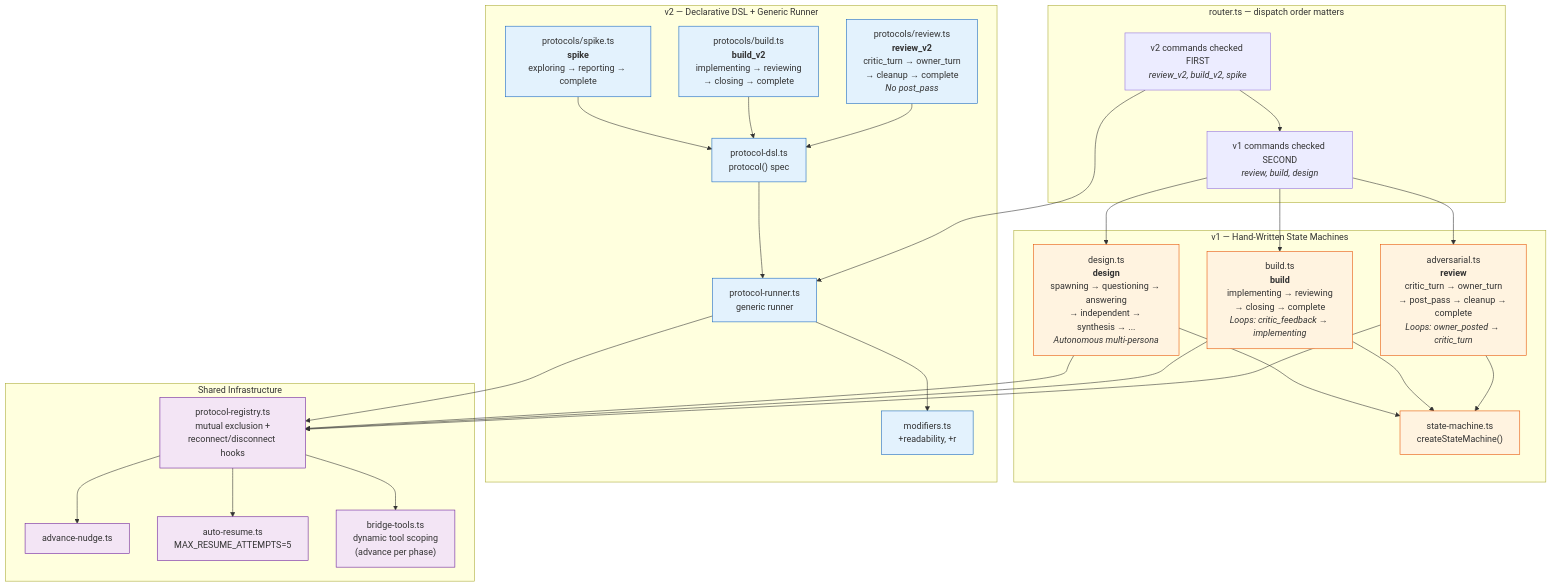
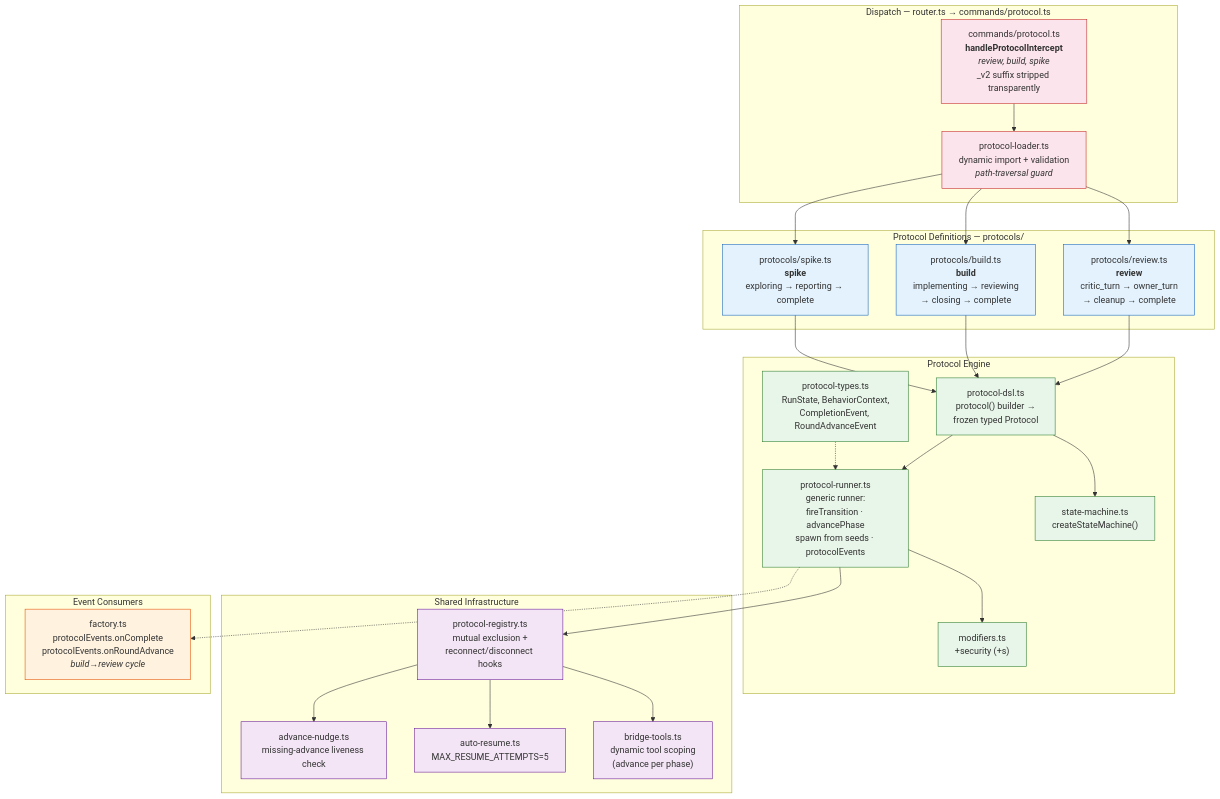
The diagram in diagrams/protocol-engines.mmd (sf8193/hydra), drawn with Mermaid before and after one commit. The commit also changed 4 other files, not shown here.

First line of the commit message:
feat: factory integration tests, diagrams for post-v1 architecture

```diff
--- a/diagrams/protocol-engines.mmd
+++ b/diagrams/protocol-engines.mmd
@@ -1,65 +1,67 @@
-%% Protocol Engines — v1 (hand-written) vs v2 (DSL)
-%% Two parallel protocol systems with load-bearing dispatch ordering.
-%% router.ts checks v2 BEFORE v1 — the v1 regex matches "review_v2" / "build_v2" otherwise.
+%% Protocol Engine — declarative DSL + generic runner
+%% Single protocol system after v1 removal (PR #148).
+%% router.ts dispatches review/build/spike through commands/protocol.ts → protocol-loader.ts → runner.
 
 flowchart TD
-    subgraph dispatch["router.ts — dispatch order matters"]
-        v2check["v2 commands checked FIRST<br/><i>review_v2, build_v2, spike</i>"]
-        v1check["v1 commands checked SECOND<br/><i>review, build, design</i>"]
-        v2check --> v1check
+    subgraph dispatch["Dispatch — router.ts → commands/protocol.ts"]
+        cmd["commands/protocol.ts<br/><b>handleProtocolIntercept</b><br/><i>review, build, spike</i><br/>_v2 suffix stripped transparently"]
+        loader["protocol-loader.ts<br/>dynamic import + validation<br/><i>path-traversal guard</i>"]
+        cmd --> loader
     end
 
-    subgraph v1["v1 — Hand-Written State Machines"]
-        v1_review["adversarial.ts<br/><b>review</b><br/>critic_turn → owner_turn<br/>→ post_pass → cleanup → complete<br/><i>Loops: owner_posted → critic_turn</i>"]
-        v1_build["build.ts<br/><b>build</b><br/>implementing → reviewing<br/>→ closing → complete<br/><i>Loops: critic_feedback → implementing</i>"]
-        v1_design["design.ts<br/><b>design</b><br/>spawning → questioning → answering<br/>→ independent → synthesis → ...<br/><i>Autonomous multi-persona</i>"]
-        v1_sm["state-machine.ts<br/>createStateMachine()"]
+    subgraph definitions["Protocol Definitions — protocols/"]
+        p_review["protocols/review.ts<br/><b>review</b><br/>critic_turn → owner_turn<br/>→ cleanup → complete"]
+        p_build["protocols/build.ts<br/><b>build</b><br/>implementing → reviewing<br/>→ closing → complete"]
+        p_spike["protocols/spike.ts<br/><b>spike</b><br/>exploring → reporting → complete"]
     end
 
-    subgraph v2["v2 — Declarative DSL + Generic Runner"]
-        v2_review["protocols/review.ts<br/><b>review_v2</b><br/>critic_turn → owner_turn<br/>→ cleanup → complete<br/><i>No post_pass</i>"]
-        v2_build["protocols/build.ts<br/><b>build_v2</b><br/>implementing → reviewing<br/>→ closing → complete"]
-        v2_spike["protocols/spike.ts<br/><b>spike</b><br/>exploring → reporting → complete"]
-        v2_dsl["protocol-dsl.ts<br/>protocol() spec"]
-        v2_runner["protocol-runner.ts<br/>generic runner"]
-        v2_mods["modifiers.ts<br/>+readability, +r"]
+    subgraph engine["Protocol Engine"]
+        dsl["protocol-dsl.ts<br/>protocol() builder →<br/>frozen typed Protocol"]
+        types["protocol-types.ts<br/>RunState, BehaviorContext,<br/>CompletionEvent, RoundAdvanceEvent"]
+        runner["protocol-runner.ts<br/>generic runner:<br/>fireTransition · advancePhase<br/>spawn from seeds · protocolEvents"]
+        sm["state-machine.ts<br/>createStateMachine()"]
+        mods["modifiers.ts<br/>+security (+s)"]
     end
 
-    subgraph shared["Shared Infrastructure"]
+    subgraph infra["Shared Infrastructure"]
         registry["protocol-registry.ts<br/>mutual exclusion +<br/>reconnect/disconnect hooks"]
-        sentinel["advance-nudge.ts"]
+        nudge["advance-nudge.ts<br/>missing-advance liveness check"]
         autoresume["auto-resume.ts<br/>MAX_RESUME_ATTEMPTS=5"]
         tools["bridge-tools.ts<br/>dynamic tool scoping<br/>(advance per phase)"]
     end
 
-    v2check --> v2_runner
-    v1check --> v1_review
-    v1check --> v1_build
-    v1check --> v1_design
+    subgraph consumers["Event Consumers"]
+        factory["factory.ts<br/>protocolEvents.onComplete<br/>protocolEvents.onRoundAdvance<br/><i>build→review cycle</i>"]
+    end
 
-    v2_dsl --> v2_runner
-    v2_review --> v2_dsl
-    v2_build --> v2_dsl
-    v2_spike --> v2_dsl
-    v2_runner --> v2_mods
+    loader --> p_review
+    loader --> p_build
+    loader --> p_spike
 
-    v1_review --> v1_sm
-    v1_build --> v1_sm
-    v1_design --> v1_sm
+    p_review --> dsl
+    p_build --> dsl
+    p_spike --> dsl
 
-    v1_review --> registry
-    v1_build --> registry
-    v1_design --> registry
-    v2_runner --> registry
+    dsl --> sm
+    dsl --> runner
+    types -.-> runner
+    runner --> mods
 
-    registry --> sentinel
+    runner --> registry
+    registry --> nudge
     registry --> autoresume
     registry --> tools
 
-    classDef v1style fill:#fff3e0,stroke:#e65100
-    classDef v2style fill:#e3f2fd,stroke:#1565c0
-    classDef shared fill:#f3e5f5,stroke:#6a1b9a
+    runner -.-> factory
 
-    class v1_review,v1_build,v1_design,v1_sm v1style
-    class v2_review,v2_build,v2_spike,v2_dsl,v2_runner,v2_mods v2style
-    class registry,sentinel,autoresume,tools shared
+    classDef dispatchstyle fill:#fce4ec,stroke:#c62828
+    classDef defstyle fill:#e3f2fd,stroke:#1565c0
+    classDef engstyle fill:#e8f5e9,stroke:#2e7d32
+    classDef infrastyle fill:#f3e5f5,stroke:#6a1b9a
+    classDef consumestyle fill:#fff3e0,stroke:#e65100
+
+    class cmd,loader dispatchstyle
+    class p_review,p_build,p_spike defstyle
+    class dsl,types,runner,sm,mods engstyle
+    class registry,nudge,autoresume,tools infrastyle
+    class factory consumestyle
```
